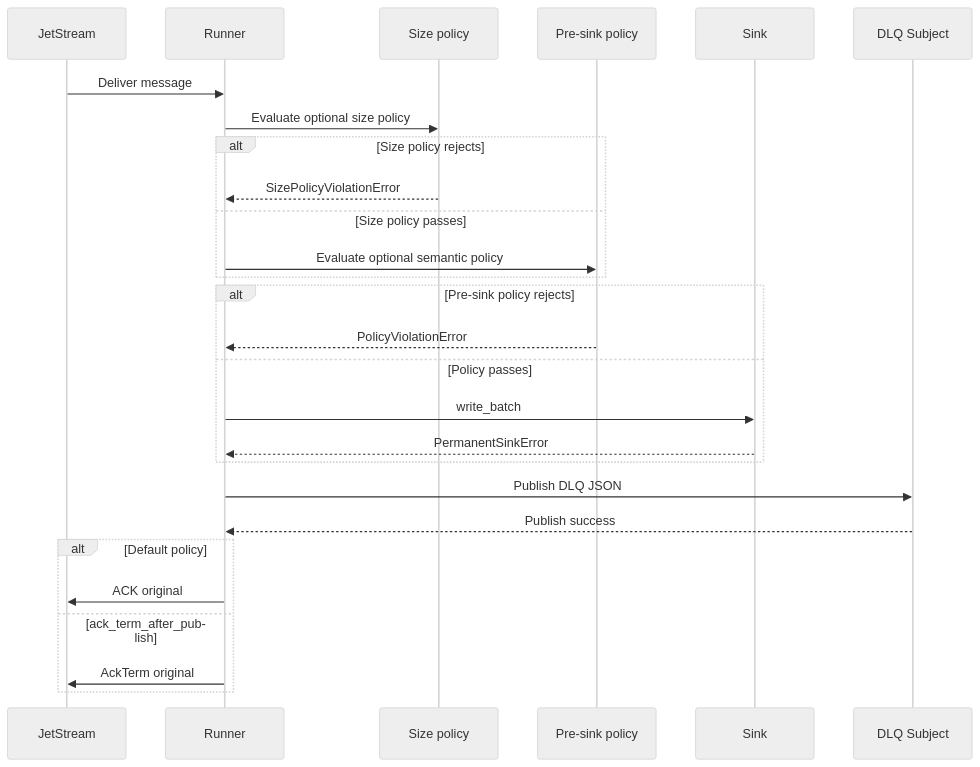
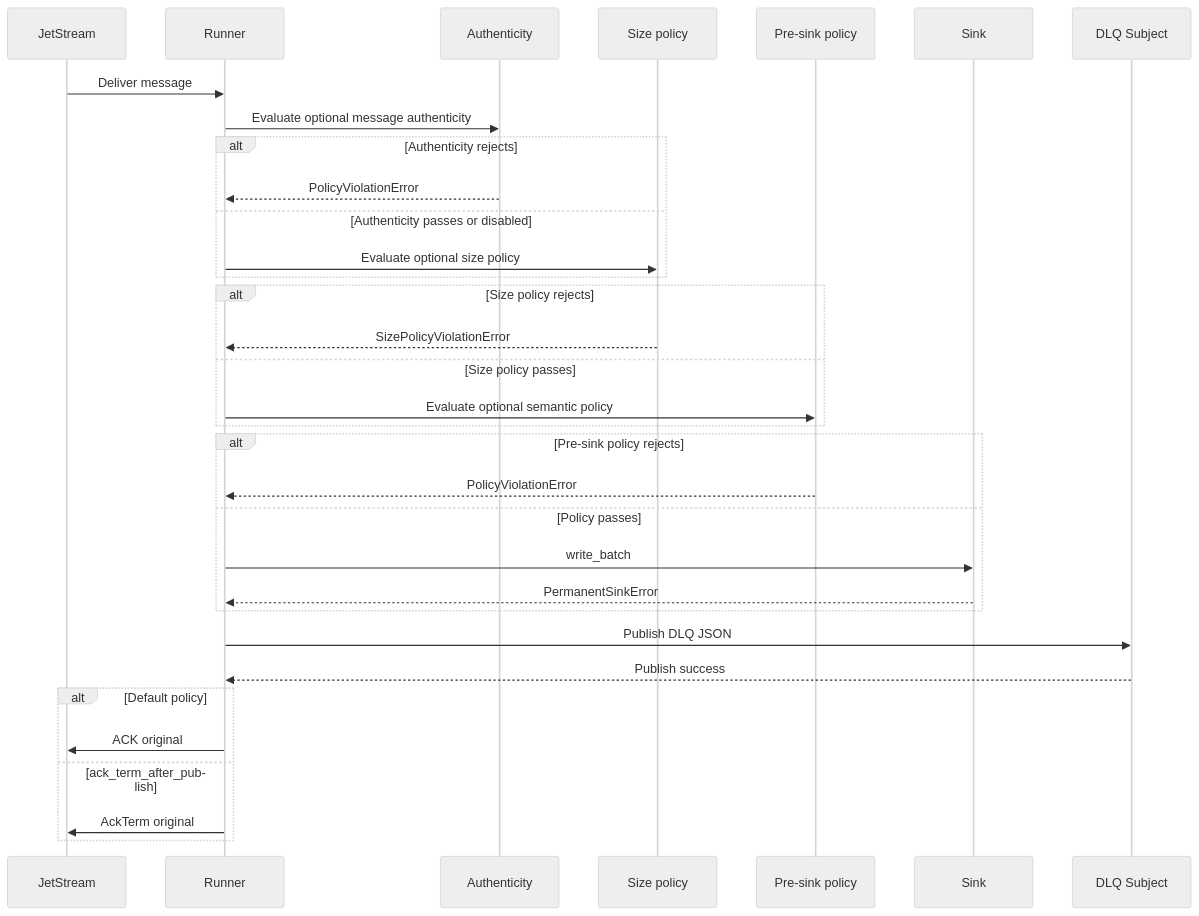
Before and after one commit to ProjectCuillin/nats-sinks: the diagram in docs/dead-letter-queues.md, drawn with Mermaid (neutral theme). The commit also changed other lines of this file and 26 other files, not shown here.

Commit message:
Add message authenticity verification

````diff
--- a/docs/dead-letter-queues.md
+++ b/docs/dead-letter-queues.md
@@ -58,30 +60,36 @@
 ```mermaid
 sequenceDiagram
     participant JS as JetStream
     participant R as Runner
+    participant A as Authenticity
     participant Z as Size policy
     participant P as Pre-sink policy
     participant S as Sink
     participant Q as DLQ Subject
 
     JS->>R: Deliver message
-    R->>Z: Evaluate optional size policy
+    R->>A: Evaluate optional message authenticity
+    alt Authenticity rejects
+        A-->>R: PolicyViolationError
+    else Authenticity passes or disabled
+        R->>Z: Evaluate optional size policy
+    end
     alt Size policy rejects
         Z-->>R: SizePolicyViolationError
     else Size policy passes
         R->>P: Evaluate optional semantic policy
     end
     alt Pre-sink policy rejects
         P-->>R: PolicyViolationError
     else Policy passes
         R->>S: write_batch
         S-->>R: PermanentSinkError
     end
     R->>Q: Publish DLQ JSON
     Q-->>R: Publish success
     alt Default policy
         R->>JS: ACK original
     else ack_term_after_publish
         R->>JS: AckTerm original
     end
 ```
````
